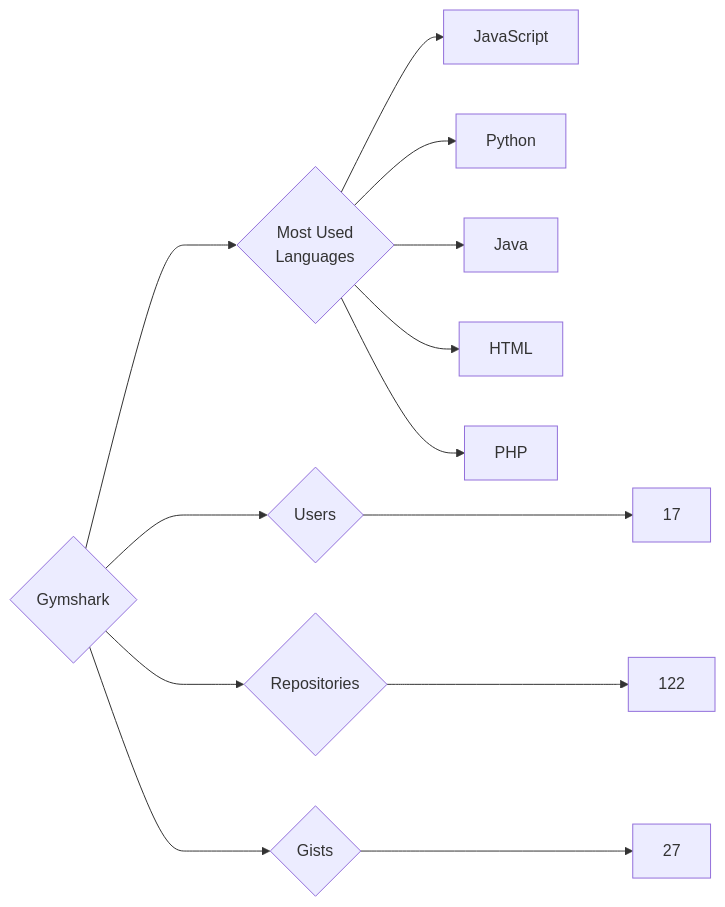
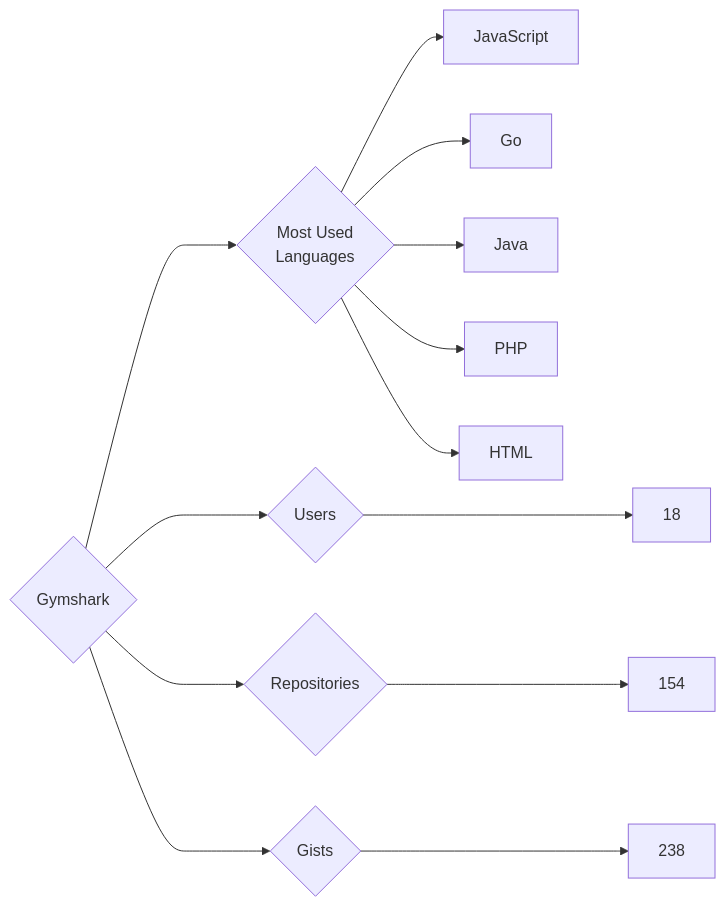
The diagram in targets/Gymshark/README.md (trickest/insiders), drawn with Mermaid before and after one commit. The commit also changed 736 other files, not shown here.

````diff
--- a/targets/Gymshark/README.md
+++ b/targets/Gymshark/README.md
@@ -3,13 +3,13 @@
 ```mermaid
 graph LR
 COMPANY_NAME{Gymshark}
-COMPANY_NAME ---> U{Users} ---> UN[17]
-COMPANY_NAME ---> R{Repositories} ---> RN[122]
-COMPANY_NAME ---> G{Gists} ---> GN[27]
+COMPANY_NAME ---> U{Users} ---> UN[18]
+COMPANY_NAME ---> R{Repositories} ---> RN[154]
+COMPANY_NAME ---> G{Gists} ---> GN[238]
 COMPANY_NAME ---> ML{Most Used<br>Languages}
 ML --> JavaScript[JavaScript]
-ML --> Python[Python]
+ML --> Go[Go]
 ML --> Java[Java]
+ML --> PHP[PHP]
 ML --> HTML[HTML]
-ML --> PHP[PHP]
 ```
````
